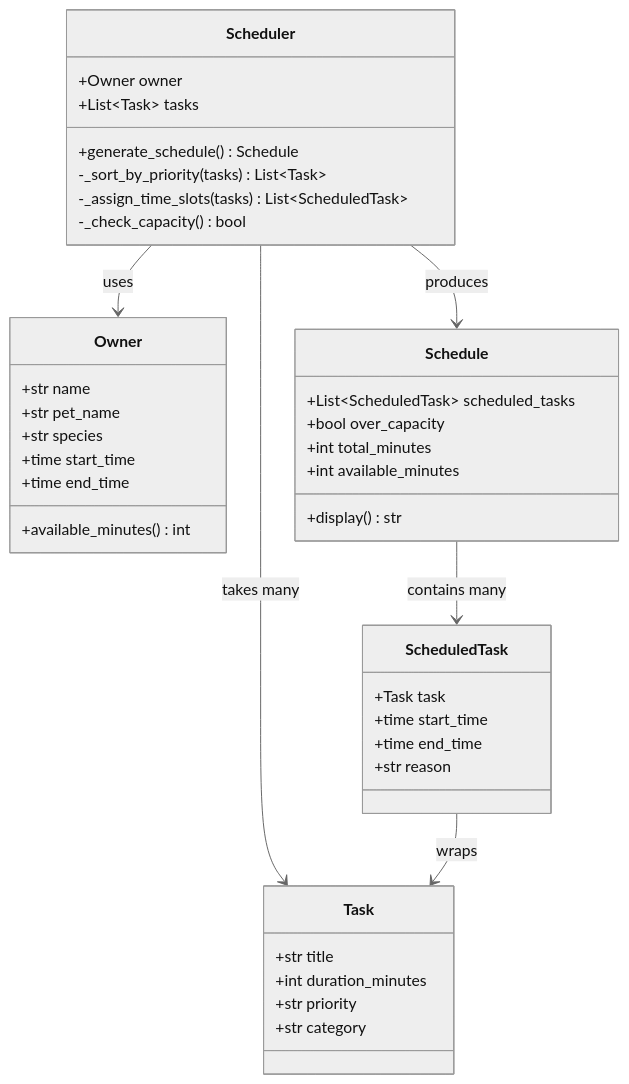
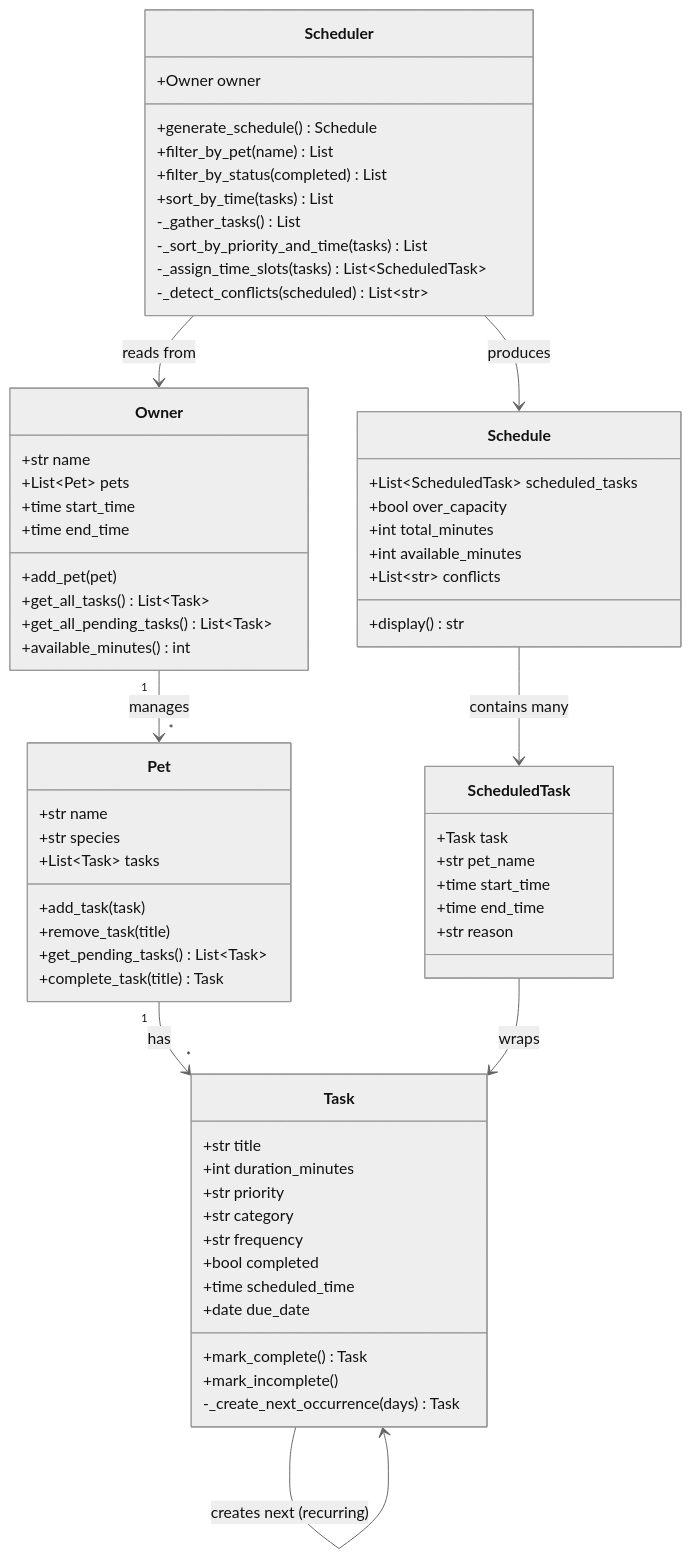
Before and after one commit to CamelliaRui/ai110-module2show-pawpal-starter: the diagram in uml_diagram.md, drawn with Mermaid (neutral theme). The commit also changed other lines of this file and 3 other files, not shown here.

First line of the commit message:
feat: polish UI, finalize UML, README, and reflection

````diff
--- a/uml_diagram.md
+++ b/uml_diagram.md
@@ -3,48 +3,74 @@
 ```mermaid
 classDiagram
     class Task {
         +str title
         +int duration_minutes
         +str priority
         +str category
+        +str frequency
+        +bool completed
+        +time scheduled_time
+        +date due_date
+        +mark_complete() Task
+        +mark_incomplete()
+        -_create_next_occurrence(days) Task
+    }
+
+    class Pet {
+        +str name
+        +str species
+        +List~Task~ tasks
+        +add_task(task)
+        +remove_task(title)
+        +get_pending_tasks() List~Task~
+        +complete_task(title) Task
     }
 
     class Owner {
         +str name
-        +str pet_name
-        +str species
+        +List~Pet~ pets
         +time start_time
         +time end_time
+        +add_pet(pet)
+        +get_all_tasks() List~Task~
+        +get_all_pending_tasks() List~Task~
         +available_minutes() int
     }
 
     class ScheduledTask {
         +Task task
+        +str pet_name
         +time start_time
         +time end_time
         +str reason
     }
 
     class Schedule {
         +List~ScheduledTask~ scheduled_tasks
         +bool over_capacity
         +int total_minutes
         +int available_minutes
+        +List~str~ conflicts
         +display() str
     }
 
     class Scheduler {
         +Owner owner
-        +List~Task~ tasks
         +generate_schedule() Schedule
-        -_sort_by_priority(tasks) List~Task~
+        +filter_by_pet(name) List
+        +filter_by_status(completed) List
+        +sort_by_time(tasks) List
+        -_gather_tasks() List
+        -_sort_by_priority_and_time(tasks) List
         -_assign_time_slots(tasks) List~ScheduledTask~
-        -_check_capacity() bool
+        -_detect_conflicts(scheduled) List~str~
     }
 
-    Scheduler --> Owner : uses
-    Scheduler --> Task : takes many
+    Owner "1" --> "*" Pet : manages
+    Pet "1" --> "*" Task : has
+    Scheduler --> Owner : reads from
     Scheduler --> Schedule : produces
     Schedule --> ScheduledTask : contains many
     ScheduledTask --> Task : wraps
+    Task --> Task : creates next (recurring)
 ```
````
